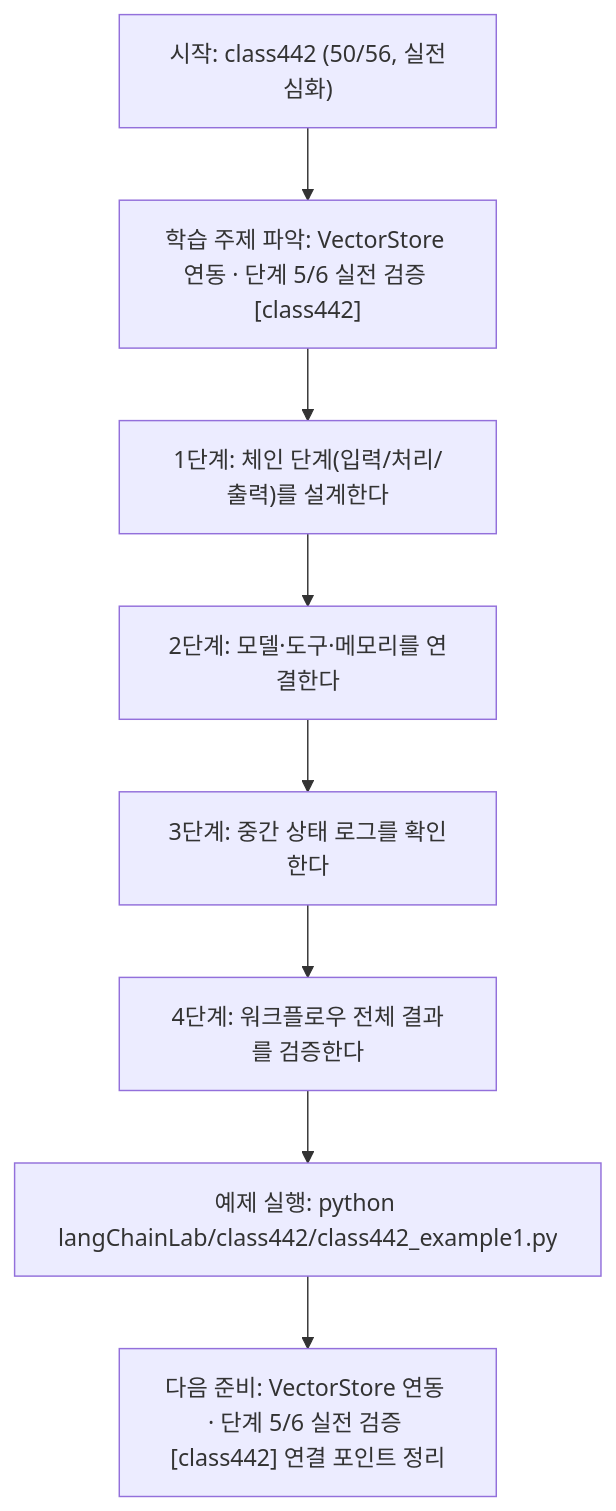
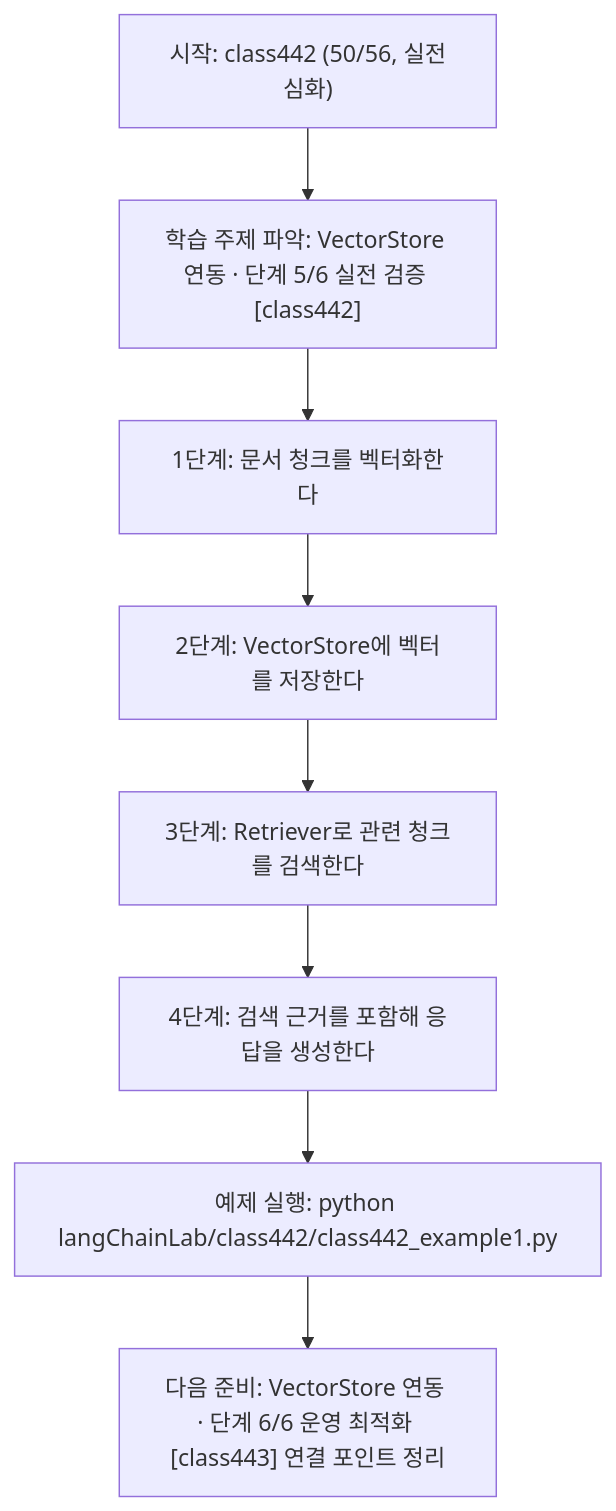
The diagram in langChainLab/class442/class442.md (edumgt/Python-AI_Agent-Class), drawn with Mermaid before and after one commit. The commit also changed other lines of this file and 395 other files, not shown here.

````diff
--- a/langChainLab/class442/class442.md
+++ b/langChainLab/class442/class442.md
@@ -109,18 +91,18 @@
 ```mermaid
 flowchart TD
 N1["시작: class442 (50/56, 실전심화)"]
 N2["학습 주제 파악: VectorStore 연동 · 단계 5/6 실전 검증 [class442]"]
-N3["1단계: 체인 단계(입력/처리/출력)를 설계한다"]
-N4["2단계: 모델·도구·메모리를 연결한다"]
-N5["3단계: 중간 상태 로그를 확인한다"]
-N6["4단계: 워크플로우 전체 결과를 검증한다"]
+N3["1단계: 문서 청크를 벡터화한다"]
+N4["2단계: VectorStore에 벡터를 저장한다"]
+N5["3단계: Retriever로 관련 청크를 검색한다"]
+N6["4단계: 검색 근거를 포함해 응답을 생성한다"]
 N7["예제 실행: python langChainLab/class442/class442_example1.py"]
-N8["다음 준비: VectorStore 연동 · 단계 5/6 실전 검증 [class442] 연결 포인트 정리"]
+N8["다음 준비: VectorStore 연동 · 단계 6/6 운영 최적화 [class443] 연결 포인트 정리"]
 N1 --> N2
 N2 --> N3
 N3 --> N4
 N4 --> N5
 N5 --> N6
 N6 --> N7
 N7 --> N8
 ```
````
